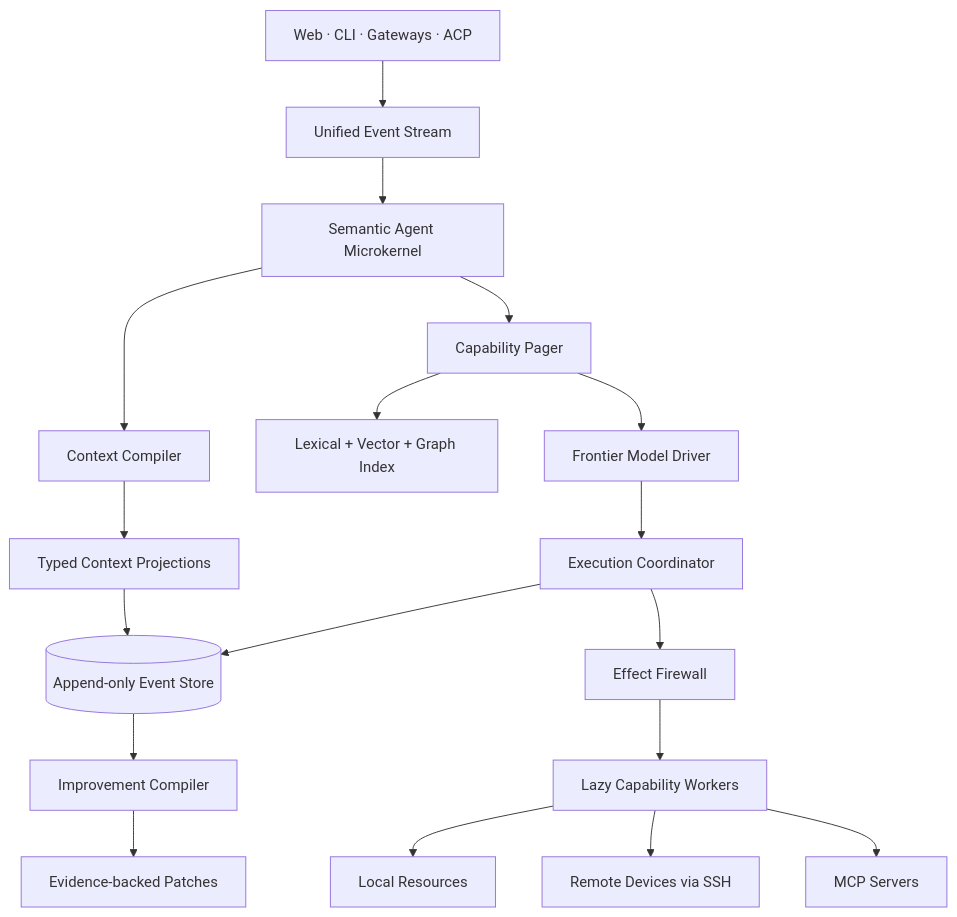
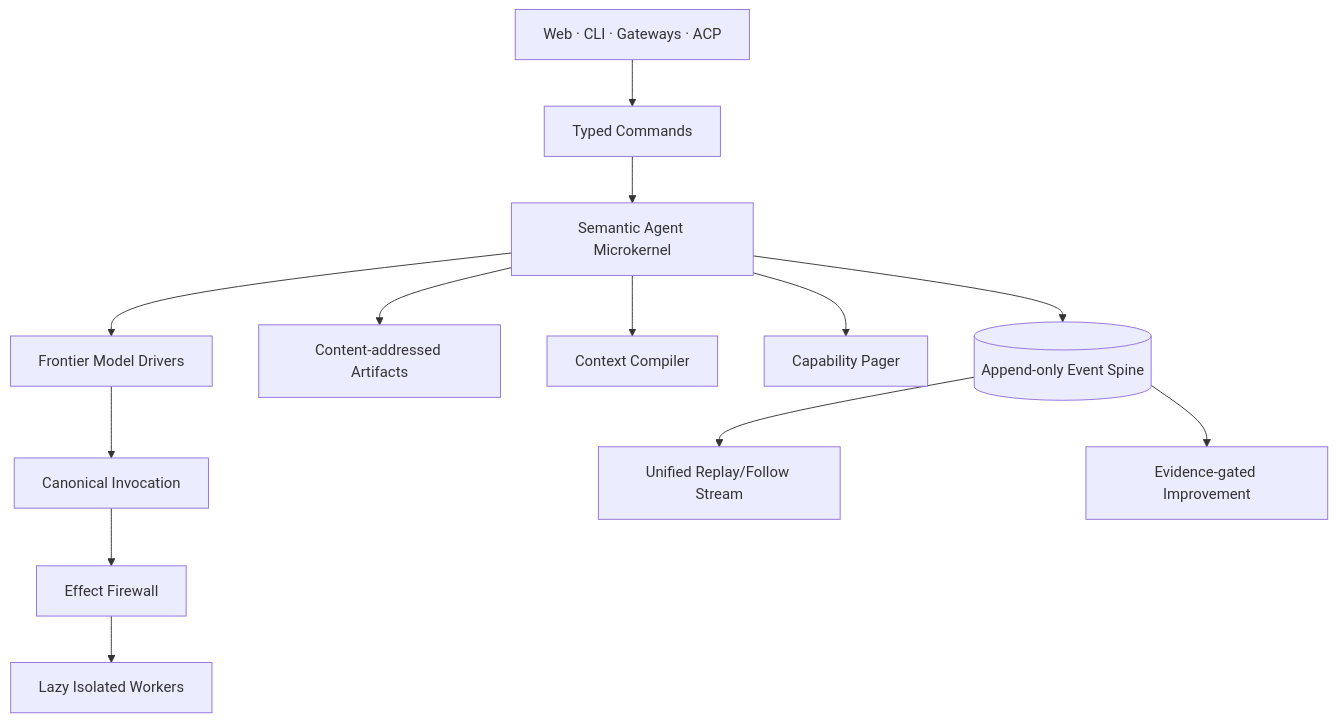
Before and after one commit to eunhhu/ditto: the diagram in README.md, drawn with Mermaid. The commit also changed other lines of this file and 45 other files, not shown here.

````diff
--- a/README.md
+++ b/README.md
@@ -49,25 +72,15 @@
 ```mermaid
 flowchart TB
-    UI[Web · CLI · Gateways · ACP] --> BUS[Unified Event Stream]
-    BUS --> KERNEL[Semantic Agent Microkernel]
-
+    UI[Web · CLI · Gateways · ACP] --> CMD[Typed Commands]
+    CMD --> KERNEL[Semantic Agent Microkernel]
+    KERNEL --> STORE[(Append-only Event Spine)]
+    KERNEL --> ART[Content-addressed Artifacts]
     KERNEL --> CTX[Context Compiler]
-    CTX --> GRAPH[Typed Context Projections]
-    GRAPH --> STORE[(Append-only Event Store)]
-
     KERNEL --> PAGER[Capability Pager]
-    PAGER --> INDEX[Lexical + Vector + Graph Index]
-    PAGER --> MODEL[Frontier Model Driver]
-
-    MODEL --> EXEC[Execution Coordinator]
+    KERNEL --> MODEL[Frontier Model Drivers]
+    MODEL --> EXEC[Canonical Invocation]
     EXEC --> POLICY[Effect Firewall]
-    POLICY --> WORKERS[Lazy Capability Workers]
-
-    WORKERS --> LOCAL[Local Resources]
-    WORKERS --> REMOTE[Remote Devices via SSH]
-    WORKERS --> MCP[MCP Servers]
-
-    EXEC --> STORE
-    STORE --> IMPROVE[Improvement Compiler]
-    IMPROVE --> PATCHES[Evidence-backed Patches]
+    POLICY --> WORKERS[Lazy Isolated Workers]
+    STORE --> CLIENTS[Unified Replay/Follow Stream]
+    STORE --> IMPROVE[Evidence-gated Improvement]
 ```
````
